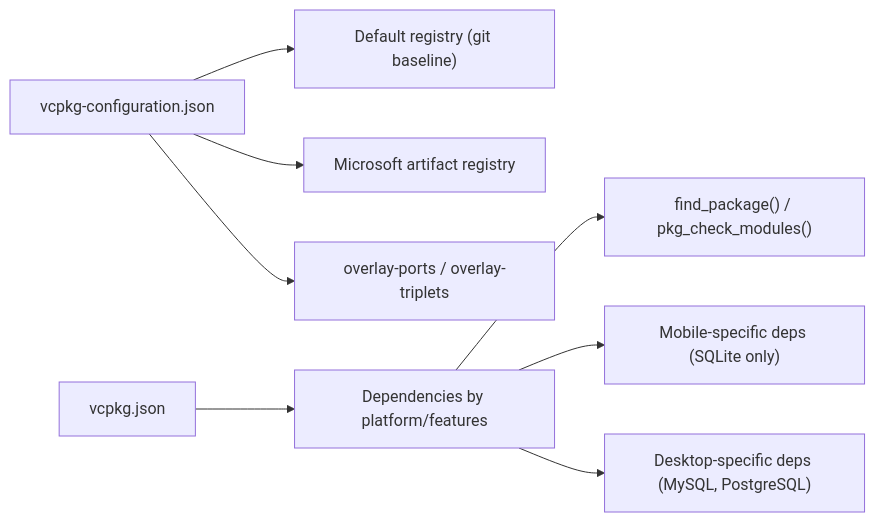
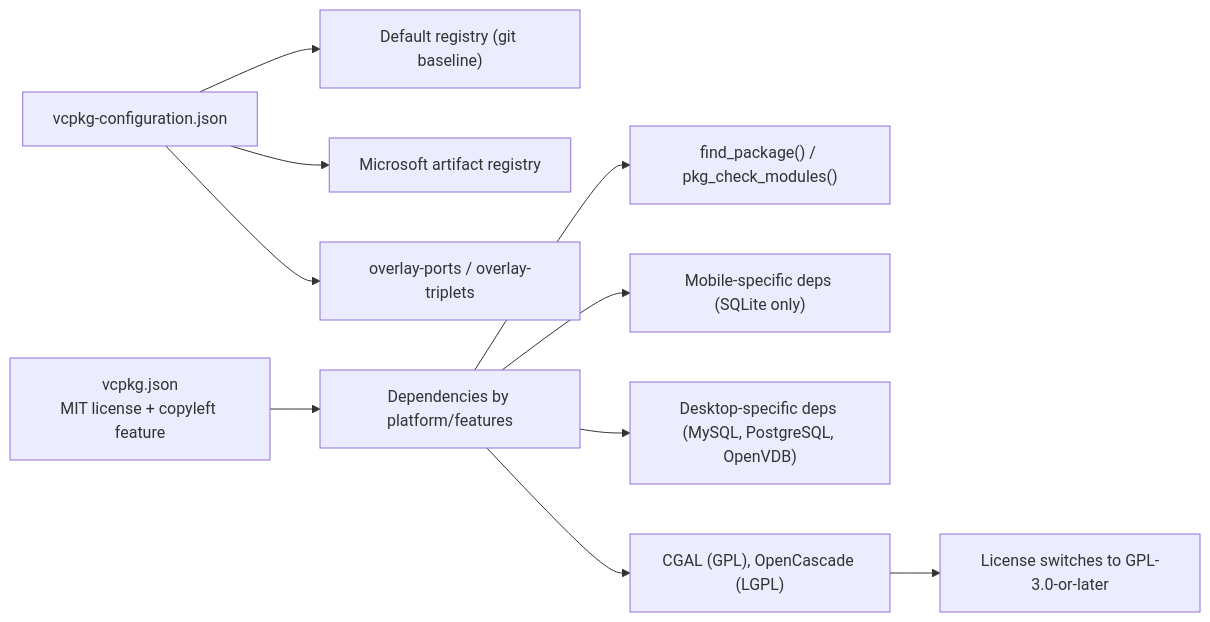
The seventh of 19 diagrams in .qoder/repowiki/en/content/Getting Started/Multi-Platform Build System.md (hsmbanlance/HsBaSlicer), drawn with Mermaid before and after one commit. The commit also changed other lines of this file and 31 other files, not shown here.

First line of the commit message:
docs(architecture): 更新文档以包含事件处理系统和动态库测试

````diff
--- a/.qoder/repowiki/en/content/Getting Started/Multi-Platform Build System.md
+++ b/.qoder/repowiki/en/content/Getting Started/Multi-Platform Build System.md
@@ -302,10 +359,12 @@
 ```mermaid
 graph LR
 VcpkgCfg["vcpkg-configuration.json"] --> Reg["Default registry (git baseline)"]
 VcpkgCfg --> ArtReg["Microsoft artifact registry"]
 VcpkgCfg --> Overlays["overlay-ports / overlay-triplets"]
-VcpkgJson["vcpkg.json"] --> Deps["Dependencies by platform/features"]
+VcpkgJson["vcpkg.json<br/>MIT license + copyleft feature"] --> Deps["Dependencies by platform/features"]
 Deps --> CMake["find_package() / pkg_check_modules()"]
 Deps --> Mobile["Mobile-specific deps (SQLite only)"]
-Deps --> Desktop["Desktop-specific deps (MySQL, PostgreSQL)"]
+Deps --> Desktop["Desktop-specific deps (MySQL, PostgreSQL, OpenVDB)"]
+Deps --> Copyleft["CGAL (GPL), OpenCascade (LGPL)"]
+Copyleft --> LicenseSwitch["License switches to GPL-3.0-or-later"]
 ```
````
